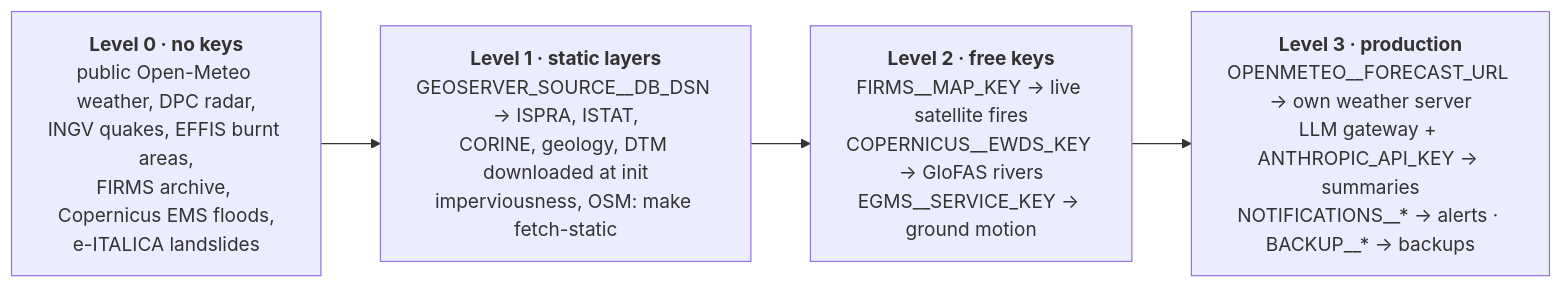
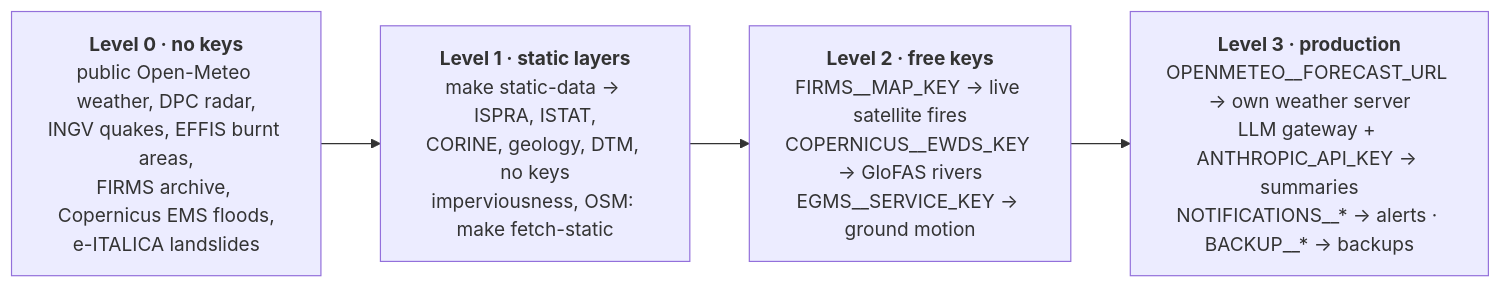
The third of 5 diagrams in README.md (agent-engineering-studio/limen), drawn with Mermaid before and after one commit. The commit also changed other lines of this file and 19 other files, not shown here.

````diff
--- a/README.md
+++ b/README.md
@@ -292,8 +292,8 @@
 ```mermaid
 flowchart LR
     L0["<b>Level 0 · no keys</b><br/>public Open-Meteo weather, DPC radar,<br/>INGV quakes, EFFIS burnt areas,<br/>FIRMS archive, Copernicus EMS floods,<br/>e-ITALICA landslides"]
-    L1["<b>Level 1 · static layers</b><br/>GEOSERVER_SOURCE__DB_DSN → ISPRA, ISTAT,<br/>CORINE, geology, DTM downloaded at init<br/>imperviousness, OSM: make fetch-static"]
+    L1["<b>Level 1 · static layers</b><br/>make static-data → ISPRA, ISTAT,<br/>CORINE, geology, DTM, no keys<br/>imperviousness, OSM: make fetch-static"]
     L2["<b>Level 2 · free keys</b><br/>FIRMS__MAP_KEY → live satellite fires<br/>COPERNICUS__EWDS_KEY → GloFAS rivers<br/>EGMS__SERVICE_KEY → ground motion"]
     L3["<b>Level 3 · production</b><br/>OPENMETEO__FORECAST_URL → own weather server<br/>LLM gateway + ANTHROPIC_API_KEY → summaries<br/>NOTIFICATIONS__* → alerts · BACKUP__* → backups"]
     L0 --> L1 --> L2 --> L3
 ```
````
